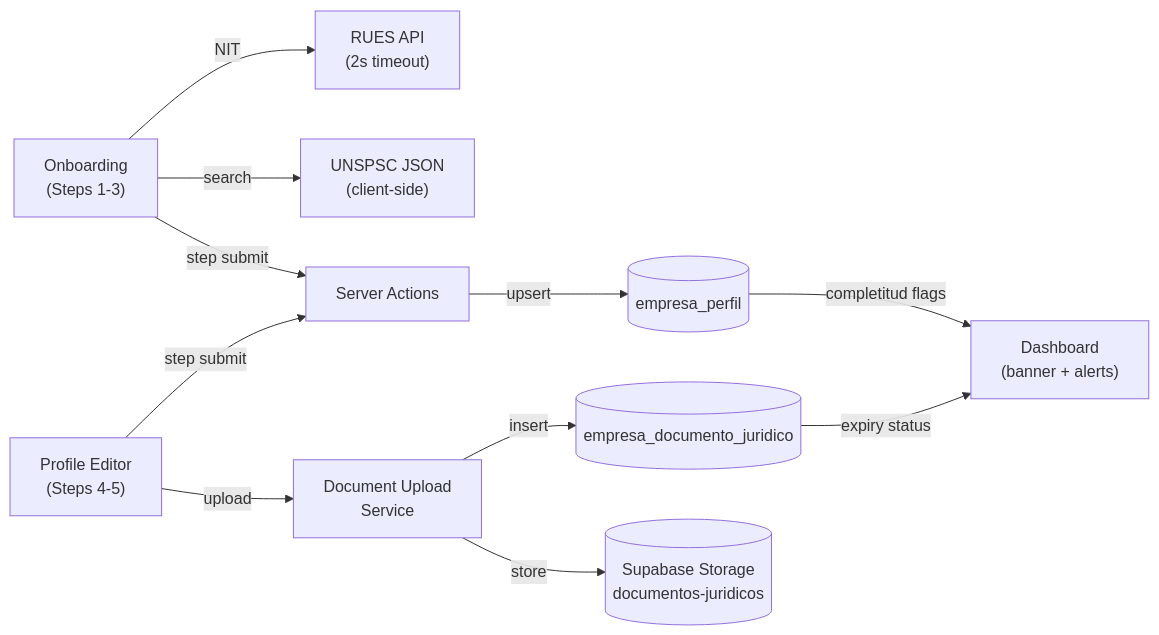
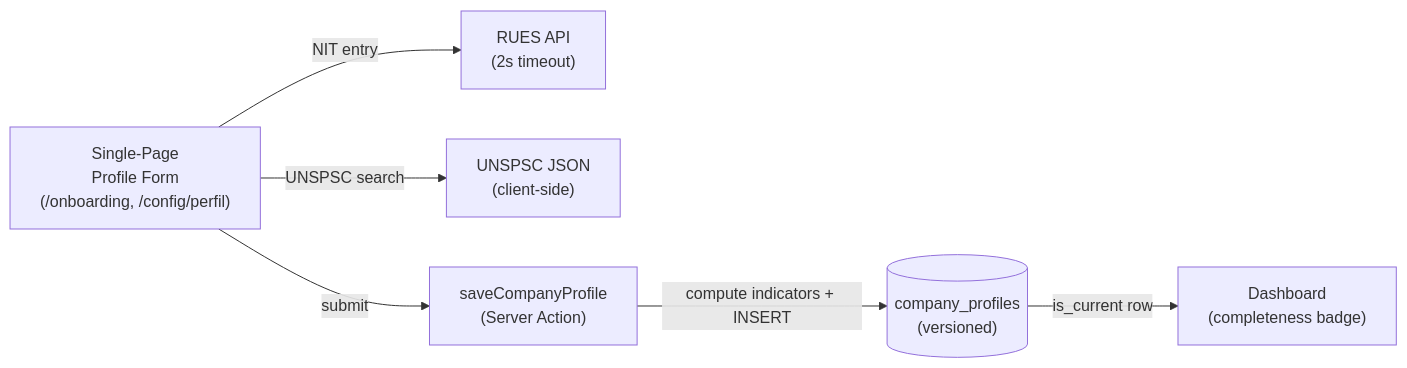
Before and after one commit to agentezai/coltratos: the second of 2 diagrams in docs/company-profiling-onboarding/spec/spec.md, drawn with Mermaid. The commit also changed other lines of this file and 21 other files, not shown here.

First line of the commit message:
docs(company-profiling-onboarding): rev 2 — MVP scope alignment, approved

````diff
--- a/docs/company-profiling-onboarding/spec/spec.md
+++ b/docs/company-profiling-onboarding/spec/spec.md
@@ -317,23 +240,15 @@
 ```mermaid
 flowchart LR
-    Wizard["Onboarding\n(Steps 1-3)"]
-    ProfileEditor["Profile Editor\n(Steps 4-5)"]
+    Form["Single-Page\nProfile Form\n(/onboarding, /config/perfil)"]
     RUES["RUES API\n(2s timeout)"]
     UNSPSC["UNSPSC JSON\n(client-side)"]
-    Actions["Server Actions"]
-    DocUpload["Document Upload\nService"]
-    DB[("empresa_perfil")]
-    DocDB[("empresa_documento_juridico")]
-    Storage[("Supabase Storage\ndocumentos-juridicos")]
-    Dashboard["Dashboard\n(banner + alerts)"]
+    Action["saveCompanyProfile\n(Server Action)"]
+    DB[("company_profiles\n(versioned)")]
+    Dashboard["Dashboard\n(completeness badge)"]
 
-    Wizard -->|NIT| RUES
-    Wizard -->|search| UNSPSC
-    Wizard & ProfileEditor -->|step submit| Actions
-    ProfileEditor -->|upload| DocUpload
-    Actions -->|upsert| DB
-    DocUpload -->|insert| DocDB
-    DocUpload -->|store| Storage
-    DB -->|completitud flags| Dashboard
-    DocDB -->|expiry status| Dashboard
+    Form -->|NIT entry| RUES
+    Form -->|UNSPSC search| UNSPSC
+    Form -->|submit| Action
+    Action -->|compute indicators + INSERT| DB
+    DB -->|is_current row| Dashboard
 ```
````
